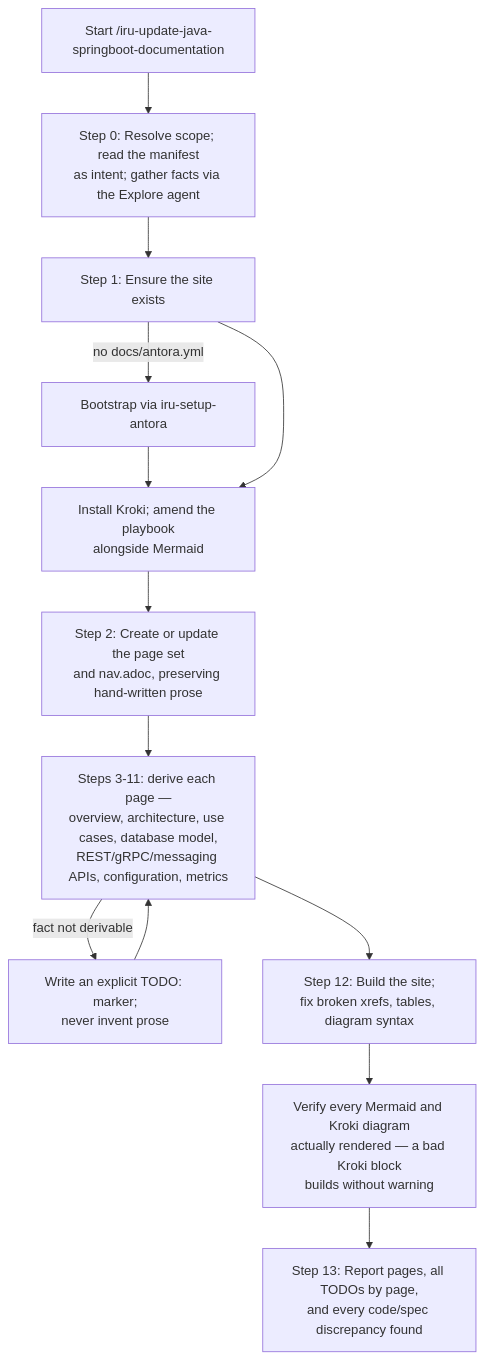
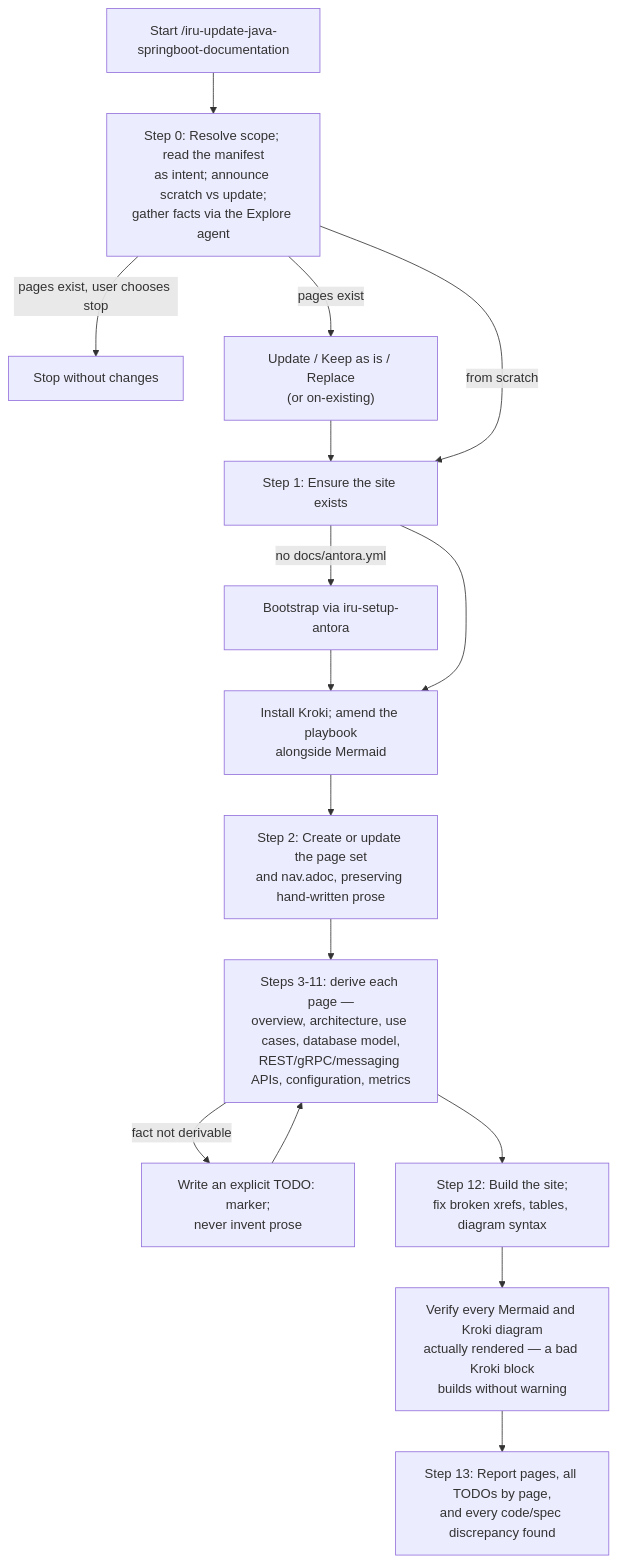
Before and after one commit to albertoirurueta/ai-catalog: the diagram in docs/modules/ROOT/pages/skills/iru-update-java-springboot-documentation.adoc, drawn with Mermaid. The commit also changed other lines of this file and 87 other files, not shown here.

```diff
--- a/docs/modules/ROOT/pages/skills/iru-update-java-springboot-documentation.adoc
+++ b/docs/modules/ROOT/pages/skills/iru-update-java-springboot-documentation.adoc
@@ -124,16 +147,19 @@
 [mermaid]
 ....
 flowchart TD
-    A["Start /iru-update-java-springboot-documentation"] --> B["Step 0: Resolve scope; read the manifest\nas intent; gather facts via the Explore agent"]
-    B --> C["Step 1: Ensure the site exists"]
+    A["Start /iru-update-java-springboot-documentation"] --> B["Step 0: Resolve scope; read the manifest\nas intent; announce scratch vs update;\ngather facts via the Explore agent"]
+    B -- pages exist, user chooses stop --> STOP[Stop without changes]
+    B -- pages exist --> B2["Update / Keep as is / Replace\n(or on-existing)"]
+    B2 --> C
+    B -- from scratch --> C["Step 1: Ensure the site exists"]
     C -- no docs/antora.yml --> D["Bootstrap via iru-setup-antora"]
     D --> E
     C --> E["Install Kroki; amend the playbook\nalongside Mermaid"]
     E --> F["Step 2: Create or update the page set\nand nav.adoc, preserving hand-written prose"]
     F --> G["Steps 3-11: derive each page —\noverview, architecture, use cases, database model,\nREST/gRPC/messaging APIs, configuration, metrics"]
     G -- fact not derivable --> H["Write an explicit TODO: marker;\nnever invent prose"]
     H --> G
     G --> I["Step 12: Build the site;\nfix broken xrefs, tables, diagram syntax"]
     I --> J["Verify every Mermaid and Kroki diagram\nactually rendered — a bad Kroki block\nbuilds without warning"]
     J --> K["Step 13: Report pages, all TODOs by page,\nand every code/spec discrepancy found"]
 ....
```
